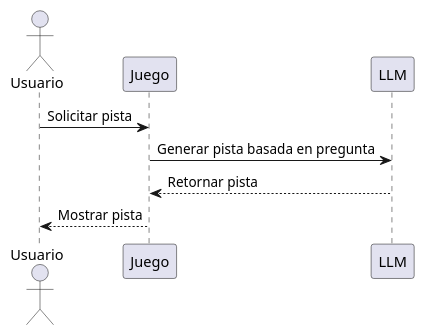
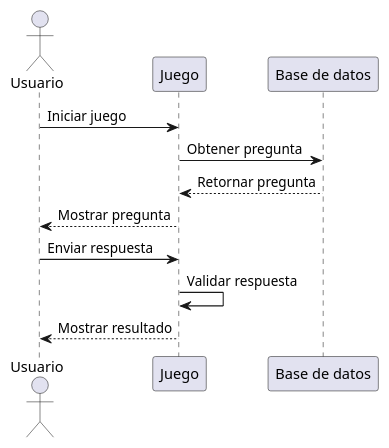
The diagram in docs/images/diagrama.puml (JavierSanabriaMiranda/wichat_es4a), drawn with PlantUML before and after one commit. The commit also changed 1 other file, not shown here.

Commit message:
cambio de validación de la base de datos al propio juego

```diff
--- a/docs/images/diagrama.puml
+++ b/docs/images/diagrama.puml
@@ -1,7 +1,10 @@
 actor Usuario
 participant "Juego" as J
-participant "LLM" as LLM
-Usuario -> J: Solicitar pista
-J -> LLM: Generar pista basada en pregunta
-LLM --> J: Retornar pista
-J --> Usuario: Mostrar pista
+participant "Base de datos" as DB
+Usuario -> J: Iniciar juego
+J -> DB: Obtener pregunta
+DB --> J: Retornar pregunta
+J --> Usuario: Mostrar pregunta
+Usuario -> J: Enviar respuesta
+J -> J: Validar respuesta
+J --> Usuario: Mostrar resultado
```
